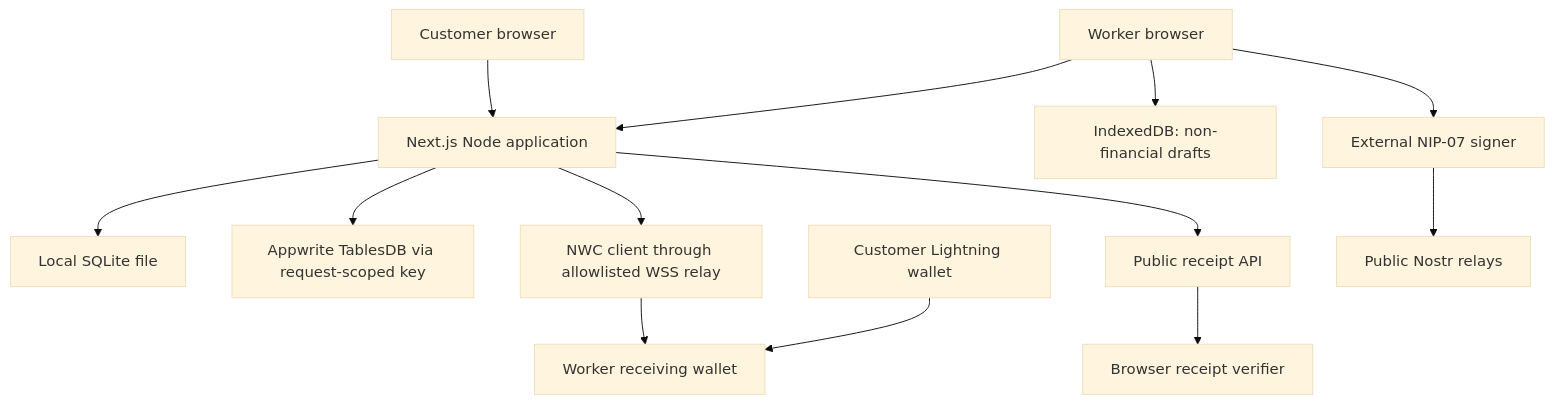
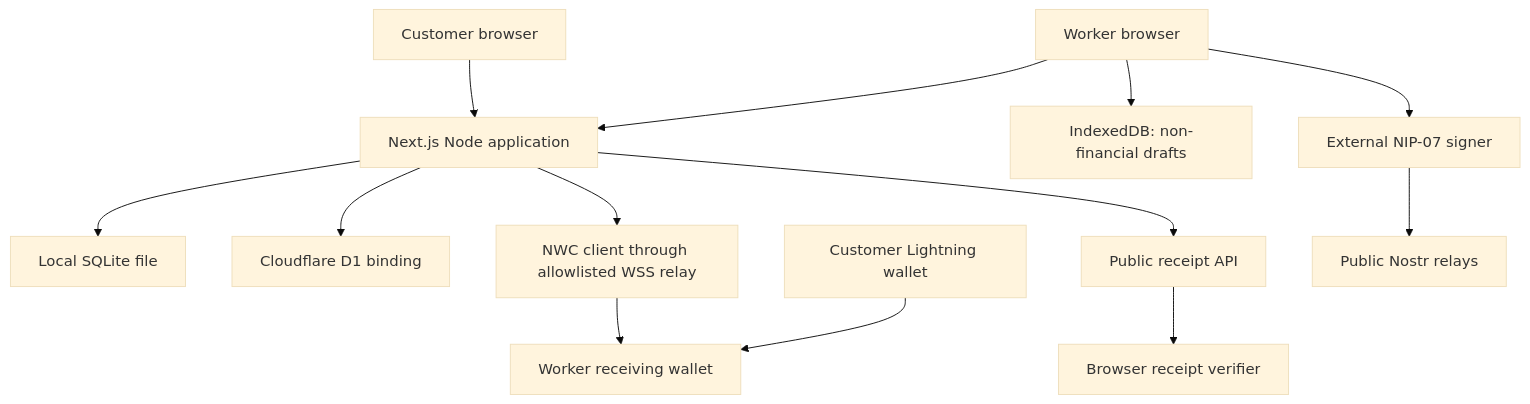
The first of 3 diagrams in ARCHITECTURE.md (ansonj-dev/jefpass), drawn with Mermaid (base theme) before and after one commit. The commit also changed other lines of this file and 18 other files, not shown here.

```diff
--- a/ARCHITECTURE.md
+++ b/ARCHITECTURE.md
@@ -7,15 +7,15 @@
 ~~~~mermaid
 flowchart TD
   W[Worker browser] --> APP[Next.js Node application]
   C[Customer browser] --> APP
   W --> IDB[IndexedDB: non-financial drafts]
   APP --> LOCALDB[Local SQLite file]
-  APP --> AWDB[Appwrite TablesDB via request-scoped key]
+  APP --> D1[Cloudflare D1 binding]
   APP --> NWC[NWC client through allowlisted WSS relay]
   NWC --> WALLET[Worker receiving wallet]
   PAYER[Customer Lightning wallet] --> WALLET
   W --> NIP07[External NIP-07 signer]
   NIP07 --> RELAYS[Public Nostr relays]
   APP --> VERIFY[Public receipt API]
   VERIFY --> V[Browser receipt verifier]
 ~~~~
```
